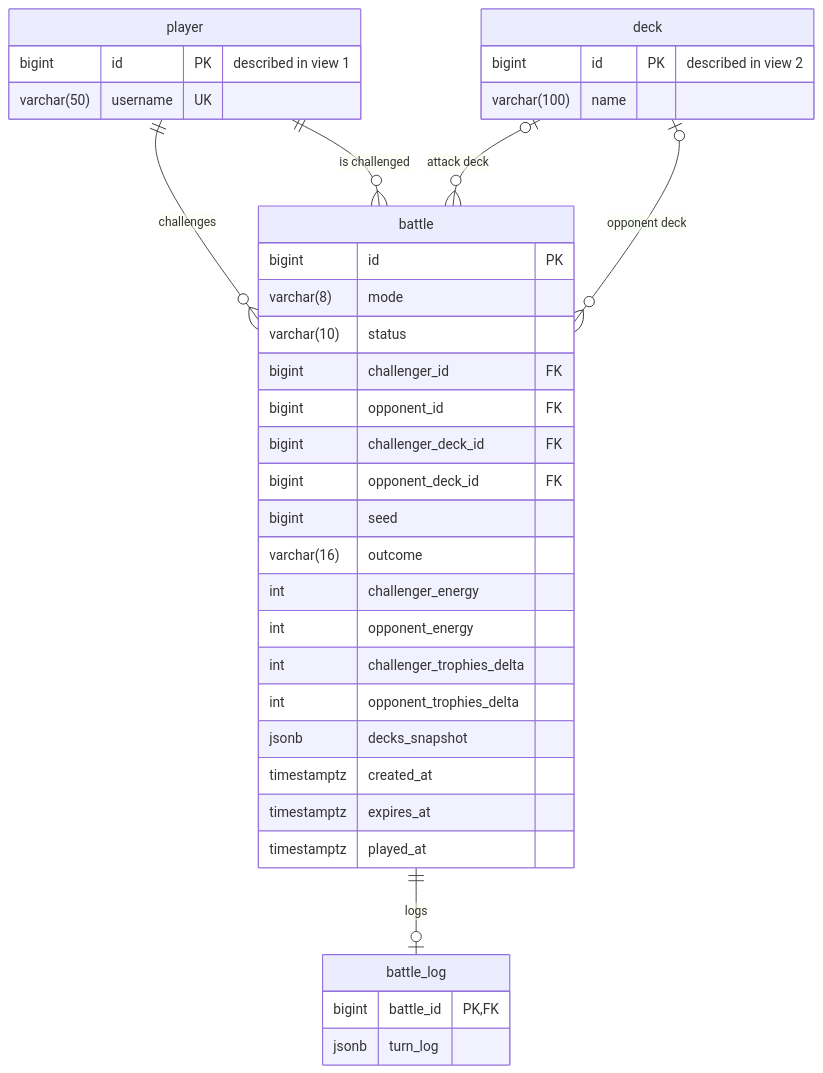
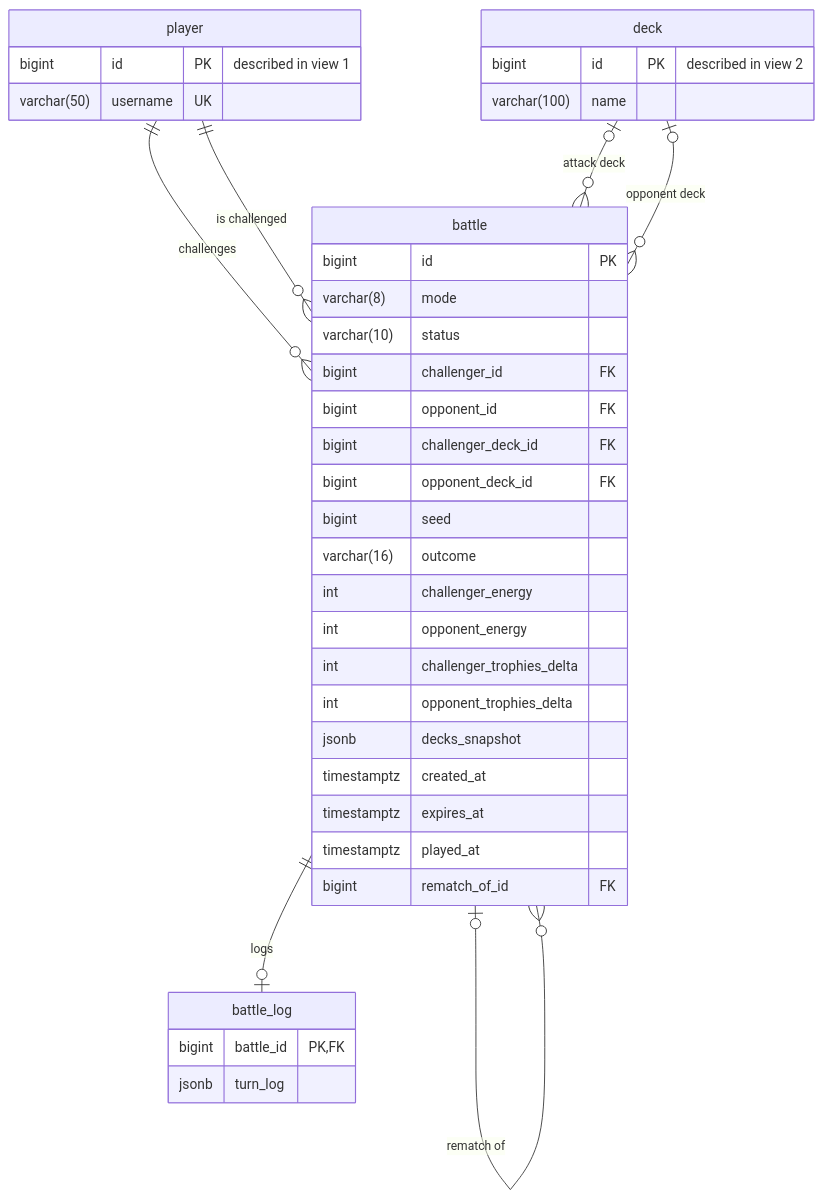
One commit to horizon-glitch-studio/gruppo-08-will-of-the-void-backend changed the fifth of 7 diagrams in docs/database/database-schema.md. Above: the diagram before and after it, drawn with Mermaid. The commit also changed other lines of this file and 2 other files, not shown here.

````diff
--- a/docs/database/database-schema.md
+++ b/docs/database/database-schema.md
@@ -383,39 +385,41 @@
 ```mermaid
 erDiagram
     player ||--o{ battle : "challenges"
     player ||--o{ battle : "is challenged"
     deck |o--o{ battle : "attack deck"
     deck |o--o{ battle : "opponent deck"
     battle ||--o| battle_log : "logs"
+    battle |o--o{ battle : "rematch of"
     battle {
         bigint id PK
         varchar(8) mode
         varchar(10) status
         bigint challenger_id FK
         bigint opponent_id FK
         bigint challenger_deck_id FK
         bigint opponent_deck_id FK
         bigint seed
         varchar(16) outcome
         int challenger_energy
         int opponent_energy
         int challenger_trophies_delta
         int opponent_trophies_delta
         jsonb decks_snapshot
         timestamptz created_at
         timestamptz expires_at
         timestamptz played_at
+        bigint rematch_of_id FK
     }
     battle_log {
         bigint battle_id PK, FK
         jsonb turn_log
     }
     player {
         bigint id PK "described in view 1"
         varchar(50) username UK
     }
     deck {
         bigint id PK "described in view 2"
         varchar(100) name
     }
 ```
````
